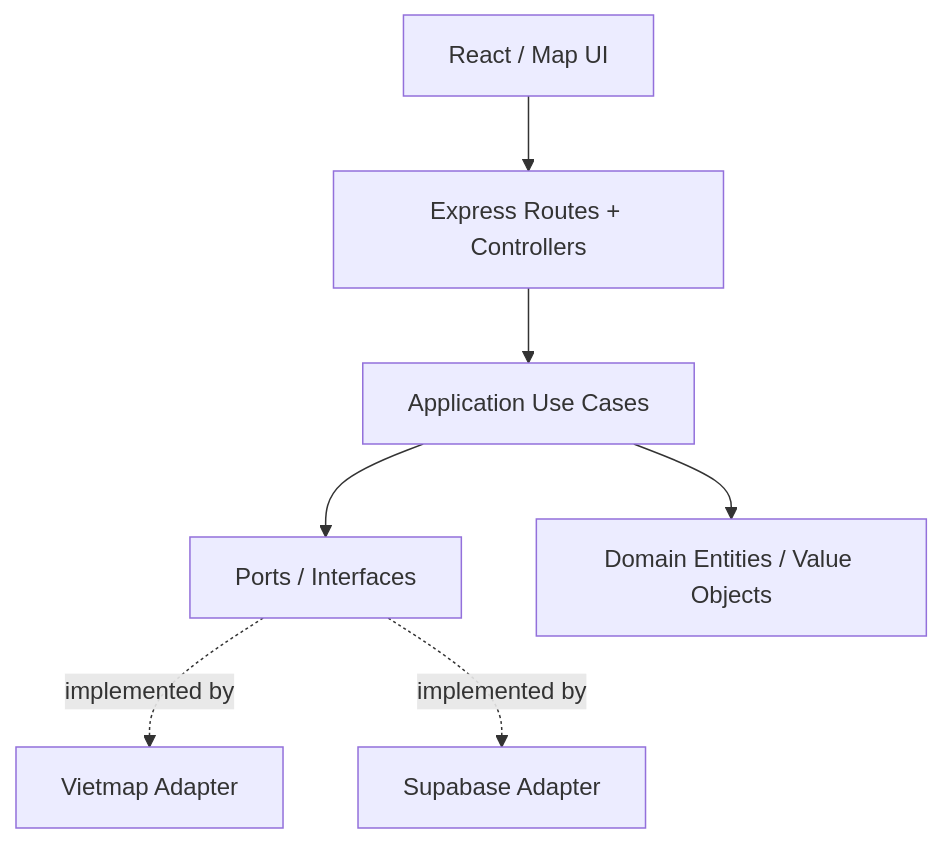
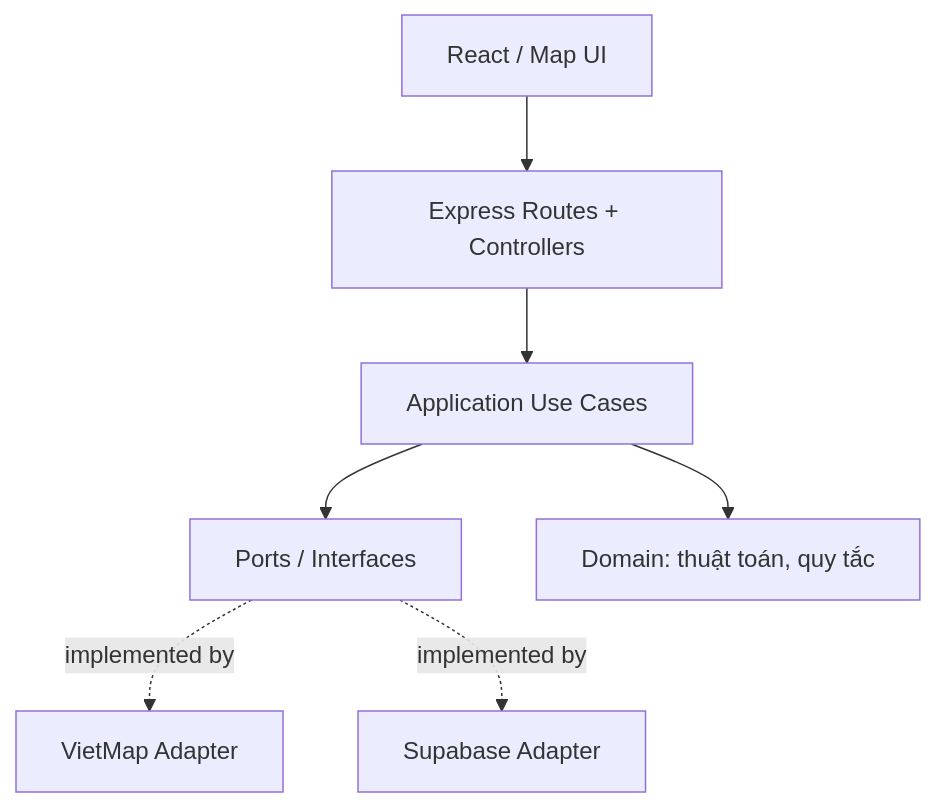
The diagram in docs/architecture/ARCHITECTURE.md (dpm14092006-UIT/iMap), drawn with Mermaid before and after one commit. The commit also changed other lines of this file and 369 other files, not shown here.

````diff
--- a/docs/architecture/ARCHITECTURE.md
+++ b/docs/architecture/ARCHITECTURE.md
@@ -13,9 +22,9 @@
 ```mermaid
 flowchart TB
   Web[React / Map UI] --> Express[Express Routes + Controllers]
   Express --> UseCase[Application Use Cases]
   UseCase --> Port[Ports / Interfaces]
-  Port -.implemented by.-> Vietmap[Vietmap Adapter]
+  Port -.implemented by.-> Vietmap[VietMap Adapter]
   Port -.implemented by.-> DB[Supabase Adapter]
-  UseCase --> Domain[Domain Entities / Value Objects]
+  UseCase --> Domain[Domain: thuật toán, quy tắc]
 ```
````
